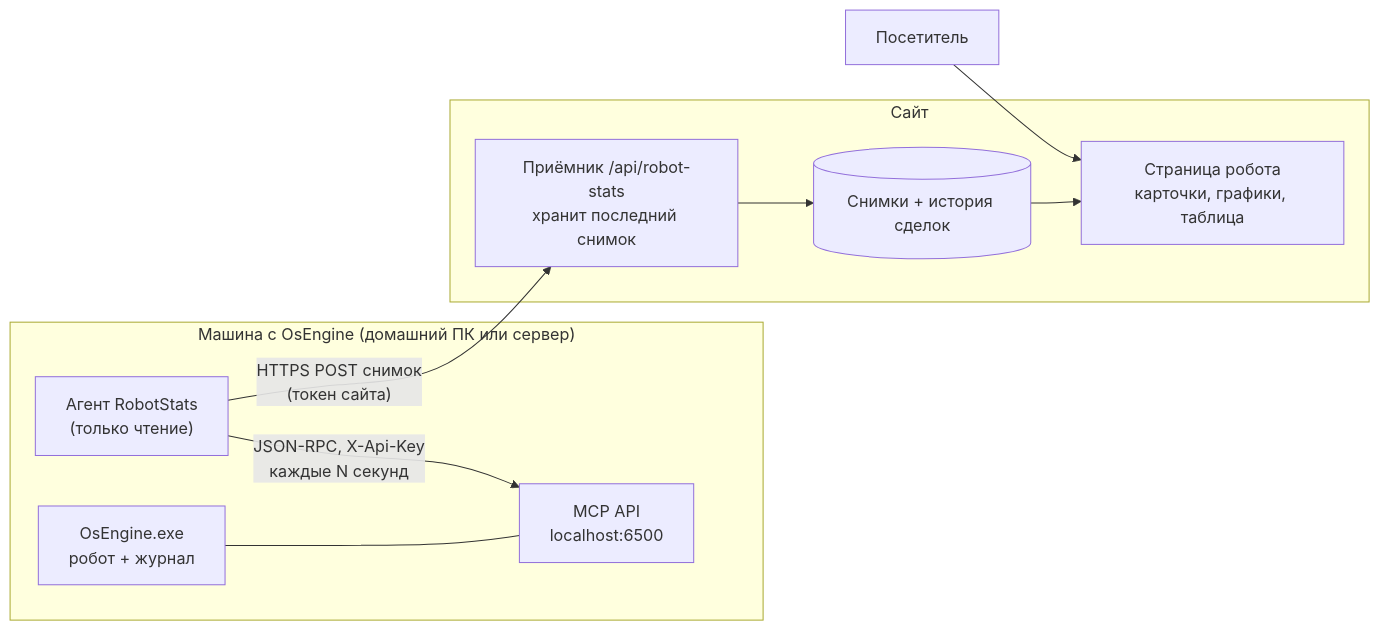
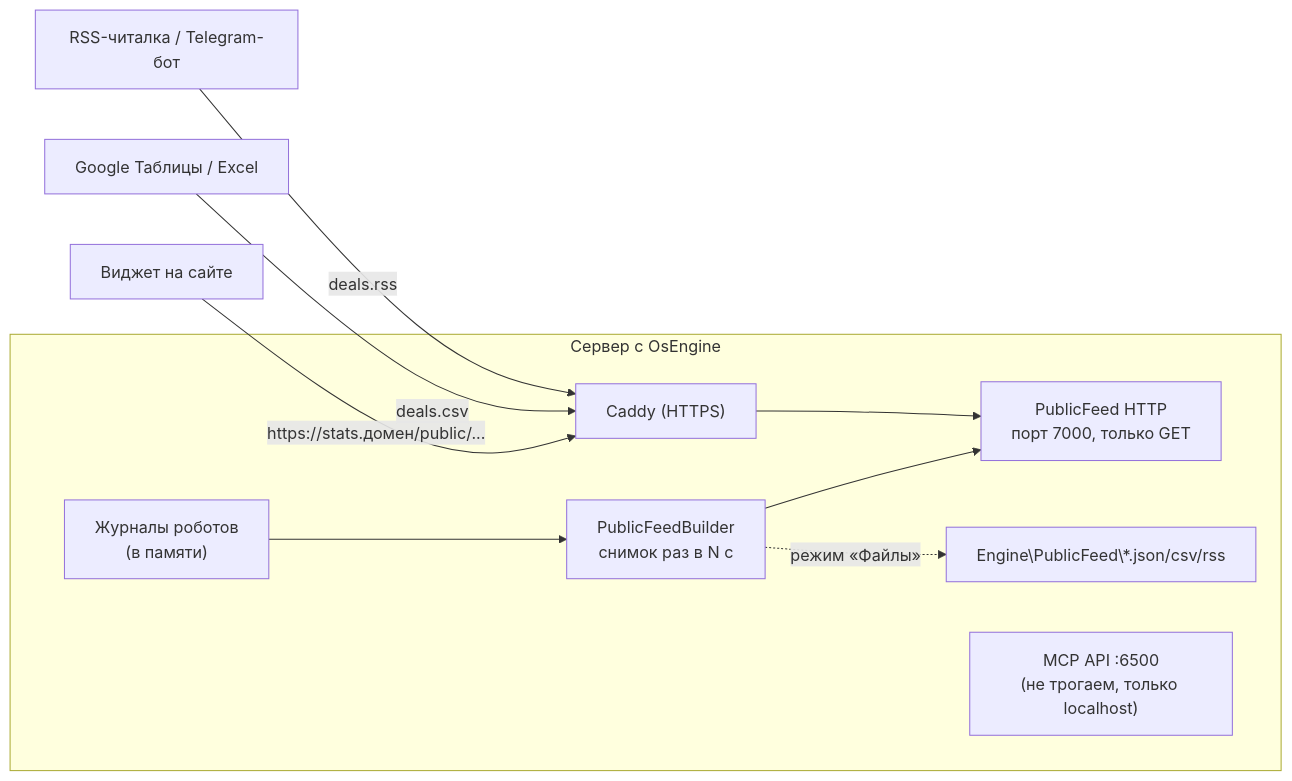
One commit to si0683/robotstatistics changed the first of 2 diagrams in TechnicalSpecification/ТЗ — Трансляция статистики робота.md. Above: the diagram before and after it, drawn with Mermaid. The commit also changed other lines of this file and 3 other files, not shown here.

First line of the commit message:
ТЗ v2: публичная статистика внутри OsEngine (JSON/CSV/RSS)

````diff
--- a/TechnicalSpecification/ТЗ — Трансляция статистики робота.md
+++ b/TechnicalSpecification/ТЗ — Трансляция статистики робота.md
@@ -78,18 +45,13 @@
 ```mermaid
 flowchart LR
-    subgraph PC["Машина с OsEngine (домашний ПК или сервер)"]
-        OS["OsEngine.exe<br/>робот + журнал"]
-        MCP["MCP API<br/>localhost:6500"]
-        AG["Агент RobotStats<br/>(только чтение)"]
-        OS --- MCP
-        AG -- "JSON-RPC, X-Api-Key<br/>каждые N секунд" --> MCP
+    subgraph VPS["Сервер с OsEngine"]
+        J["Журналы роботов<br/>(в памяти)"] --> B["PublicFeedBuilder<br/>снимок раз в N с"]
+        B --> L["PublicFeed HTTP<br/>порт 7000, только GET"]
+        B -. "режим «Файлы»" .-> F["Engine\PublicFeed\*.json/csv/rss"]
+        C["Caddy (HTTPS)"] --> L
+        MCP["MCP API :6500<br/>(не трогаем, только localhost)"]
     end
-    subgraph WEB["Сайт"]
-        API["Приёмник /api/robot-stats<br/>хранит последний снимок"]
-        DB[("Снимки + история сделок")]
-        PAGE["Страница робота<br/>карточки, графики, таблица"]
-        API --> DB --> PAGE
-    end
-    AG -- "HTTPS POST снимок<br/>(токен сайта)" --> API
-    V["Посетитель"] --> PAGE
+    W["Виджет на сайте"] -- "https://stats.домен/public/..." --> C
+    G["Google Таблицы / Excel"] -- "deals.csv" --> C
+    R["RSS-читалка / Telegram-бот"] -- "deals.rss" --> C
 ```
````
